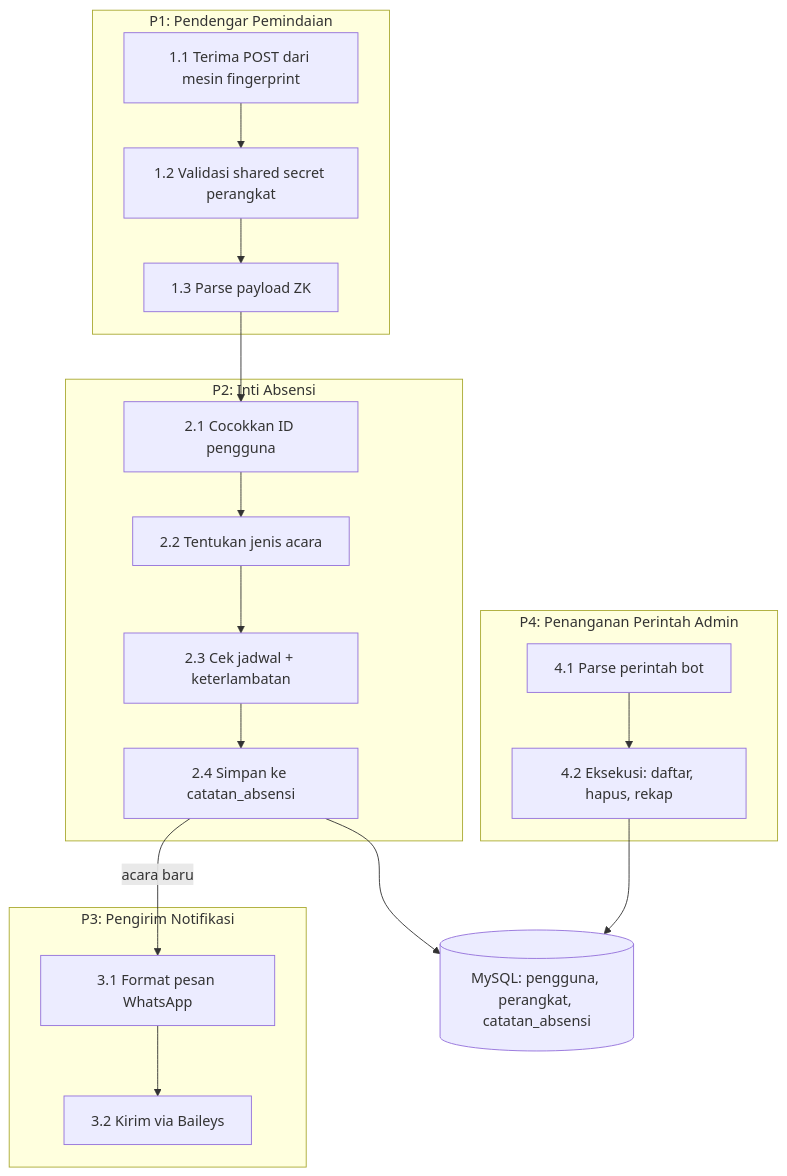
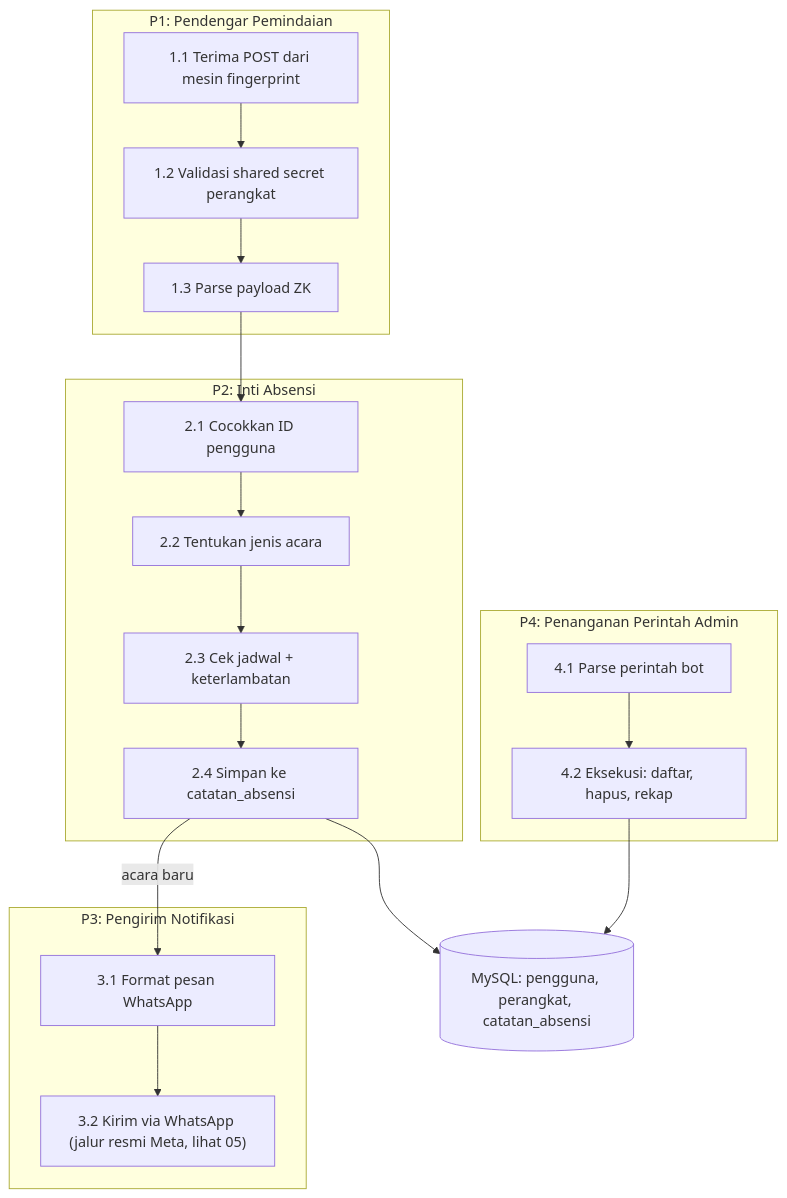
Before and after one commit to RaiKanaeru/ai-agents-vault: the second of 20 diagrams in 20-Projects/01-absensi-finger/04-MULTI-CONCEPT-5-SCHEMAS.md, drawn with Mermaid. The commit also changed other lines of this file and 7 other files, not shown here.

First line of the commit message:
feat(absensi-finger): skema WhatsApp jalur resmi Meta (Cloud API)

````diff
--- a/20-Projects/01-absensi-finger/04-MULTI-CONCEPT-5-SCHEMAS.md
+++ b/20-Projects/01-absensi-finger/04-MULTI-CONCEPT-5-SCHEMAS.md
@@ -81,32 +81,32 @@
 ```mermaid
 flowchart TB
     subgraph P1["P1: Pendengar Pemindaian"]
         P1a["1.1 Terima POST dari mesin fingerprint"]
         P1b["1.2 Validasi shared secret perangkat"]
         P1c["1.3 Parse payload ZK"]
     end
 
     subgraph P2["P2: Inti Absensi"]
         P2a["2.1 Cocokkan ID pengguna"]
         P2b["2.2 Tentukan jenis acara"]
         P2c["2.3 Cek jadwal + keterlambatan"]
         P2d["2.4 Simpan ke catatan_absensi"]
     end
 
     subgraph P3["P3: Pengirim Notifikasi"]
         P3a["3.1 Format pesan WhatsApp"]
-        P3b["3.2 Kirim via Baileys"]
+        P3b["3.2 Kirim via WhatsApp (jalur resmi Meta, lihat 05)"]
     end
 
     subgraph P4["P4: Penanganan Perintah Admin"]
         P4a["4.1 Parse perintah bot"]
         P4b["4.2 Eksekusi: daftar, hapus, rekap"]
     end
 
     DB[("MySQL: pengguna, perangkat, catatan_absensi")]
 
     P1a --> P1b --> P1c --> P2a
     P2a --> P2b --> P2c --> P2d --> DB
     P2d -->|"acara baru"| P3a --> P3b
     P4a --> P4b --> DB
 ```
````
